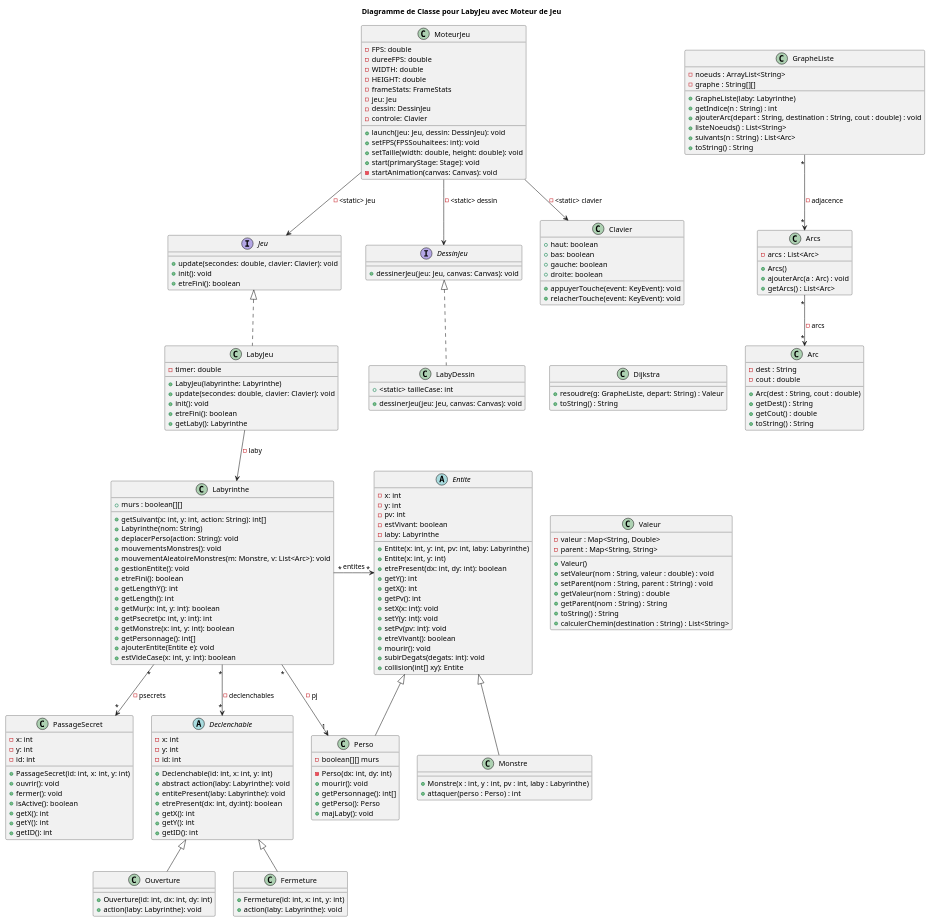
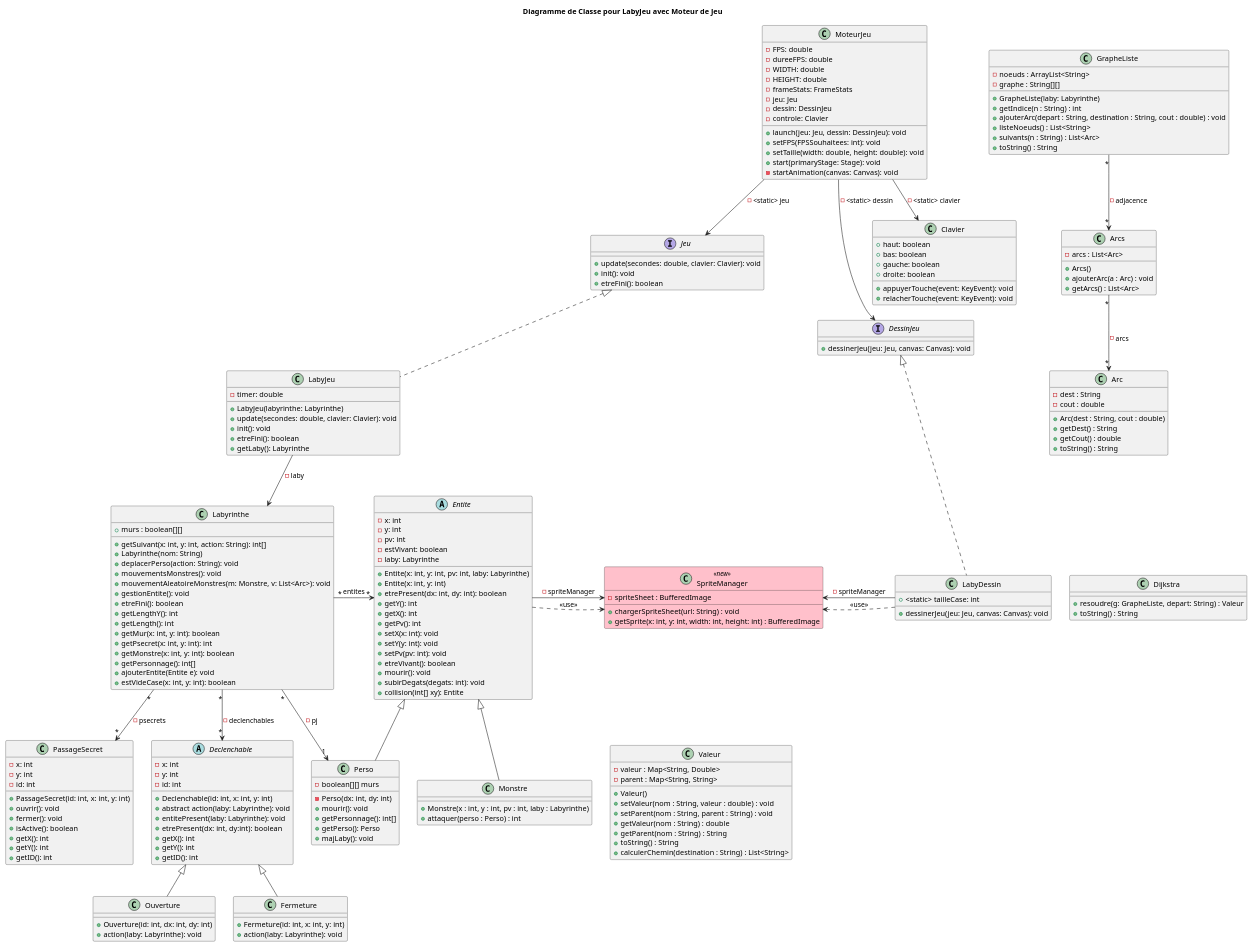
The diagram in zeldiablo/src/gameLaby/Fonctionnement_Diag.puml (adrienMGN/2024_Zeldiablo_mangin225u_dewasch2u_favier36u_fontaine_noel332u), drawn with PlantUML before and after one commit.

Commit message:
diag class uml SpriteManager

```diff
--- a/zeldiablo/src/gameLaby/Fonctionnement_Diag.puml
+++ b/zeldiablo/src/gameLaby/Fonctionnement_Diag.puml
@@ -188,6 +188,19 @@
     + calculerChemin(destination : String) : List<String>
             }
 
+    skinparam class {
+        BackgroundColor<<new>> Pink
+    }
+    class SpriteManager <<new>> {
+        - spriteSheet : BufferedImage
+        + chargerSpriteSheet(url: String) : void
+        + getSprite(x: int, y: int, width: int, height: int) : BufferedImage
+    }
+
+
+
+
+
 
 
 Jeu <|.. LabyJeu
@@ -203,7 +216,7 @@
  Declenchable <|-- Fermeture
 
 LabyDessin -[hidden]> Dijkstra
-Dijkstra -[hidden]-> Valeur
+Monstre -r[hidden]-> Valeur
 'Perso -[hidden]> GrapheListe
 GrapheListe "*"-->"*" Arcs : - adjacence
 Arcs "*"-->"*" Arc : - arcs
@@ -212,8 +225,13 @@
 
 Labyrinthe "*"-> "*" Entite : entites
 
+'Ajout du SpriteManager
+Entite ..> SpriteManager : <<use>>
+LabyDessin ..> SpriteManager : <<use>>
 
-
+LabyDessin -> SpriteManager : -spriteManager
+Entite -> SpriteManager : -spriteManager
+SpriteManager -[hidden]-> LabyDessin
 
 
 
```
